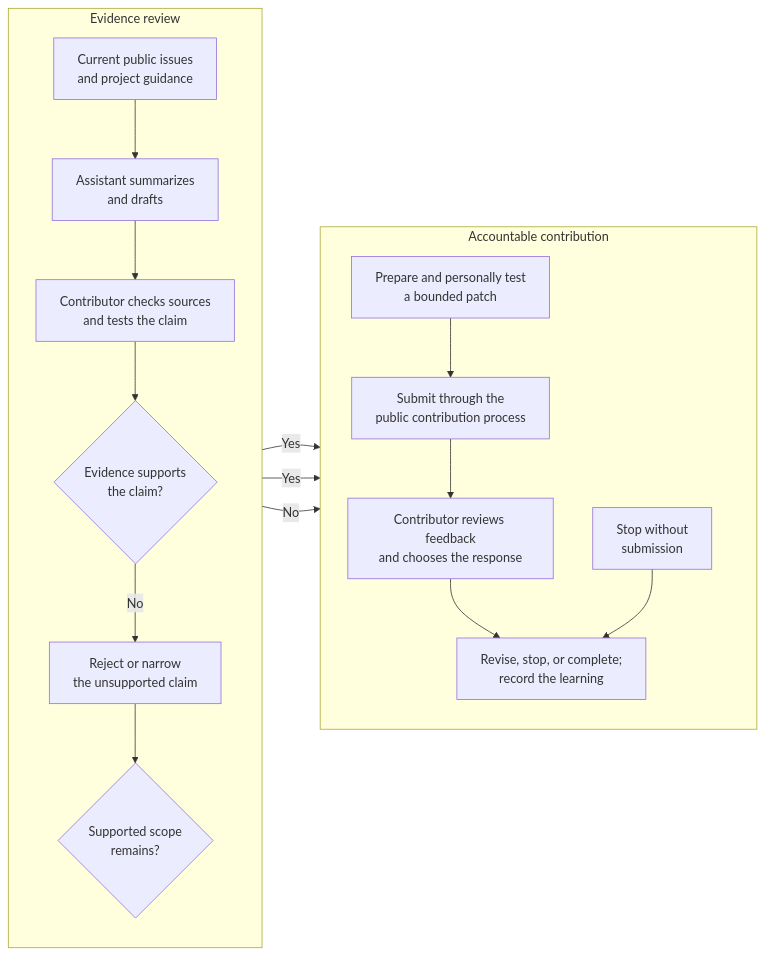
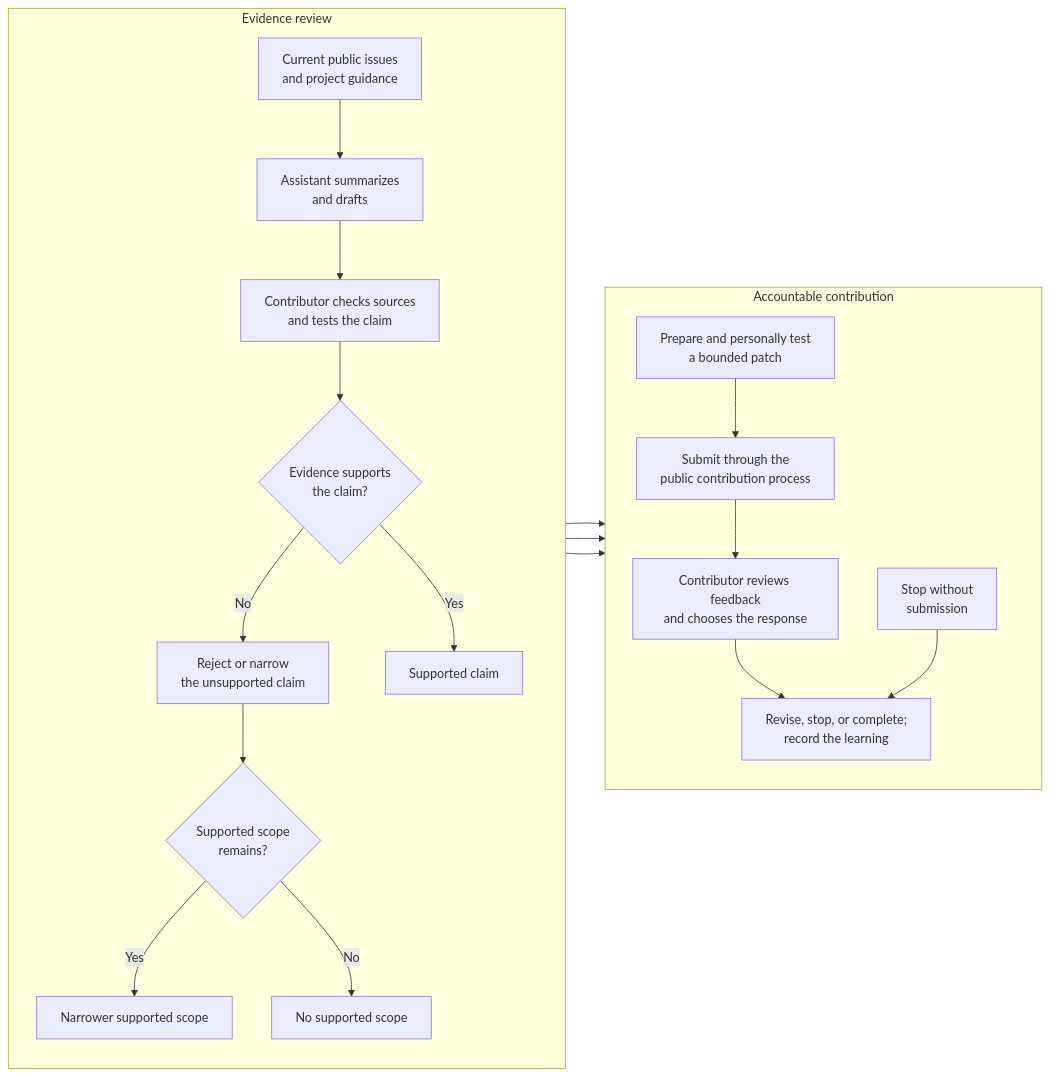
One commit to BradGroux/influence-operating-framework changed the diagram in examples/03-assisted-open-source-contribution.md. Above: the diagram before and after it, drawn with Mermaid.

Commit message:
docs: disambiguate assisted example branches

````diff
--- a/examples/03-assisted-open-source-contribution.md
+++ b/examples/03-assisted-open-source-contribution.md
@@ -20,23 +20,26 @@
 ```mermaid
 flowchart LR
     subgraph R["Evidence review"]
         direction TB
         P["Current public issues<br/>and project guidance"] --> A["Assistant summarizes<br/>and drafts"]
         A --> H["Contributor checks sources<br/>and tests the claim"]
         H --> D{"Evidence supports<br/>the claim?"}
         D -- "No" --> N["Reject or narrow<br/>the unsupported claim"]
         N --> Q{"Supported scope<br/>remains?"}
+        D -- "Yes" --> DY["Supported claim"]
+        Q -- "Yes" --> QY["Narrower supported scope"]
+        Q -- "No" --> QN["No supported scope"]
     end
 
     subgraph C["Accountable contribution"]
         direction TB
         T["Prepare and personally test<br/>a bounded patch"] --> S["Submit through the<br/>public contribution process"]
         S --> F["Contributor reviews feedback<br/>and chooses the response"]
         F --> L["Revise, stop, or complete;<br/>record the learning"]
         X["Stop without<br/>submission"] --> L
     end
 
-    D -- "Yes" --> T
-    Q -- "Yes" --> T
-    Q -- "No" --> X
+    DY --> T
+    QY --> T
+    QN --> X
 ```
````
